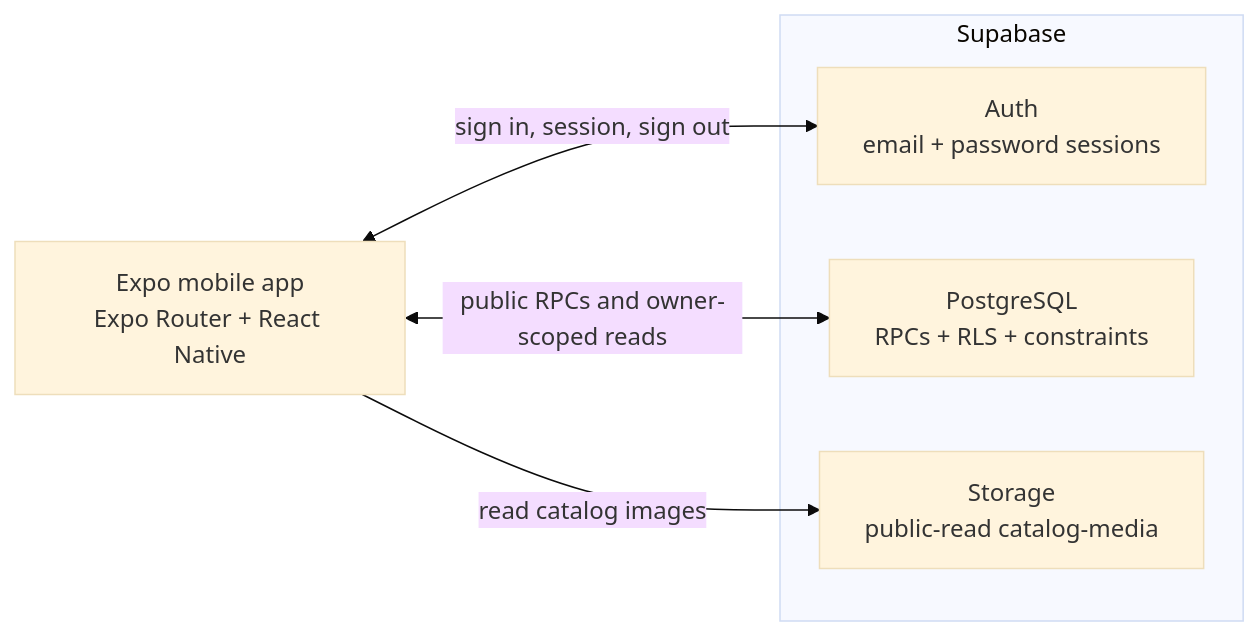
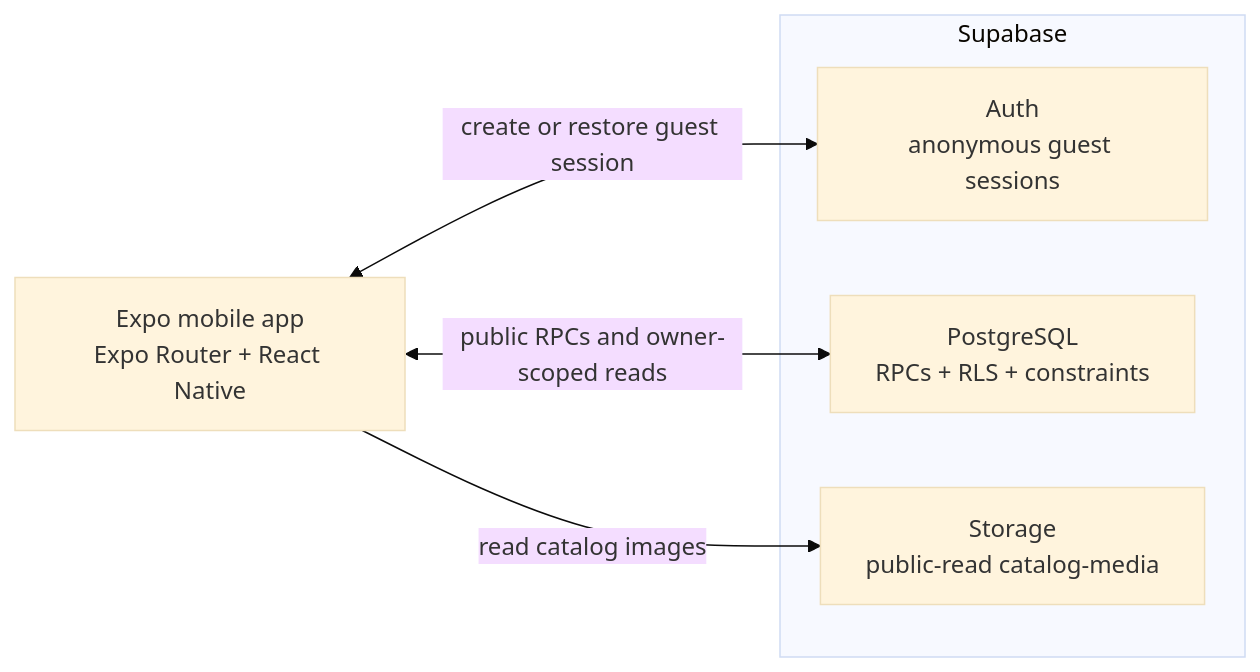
The diagram in docs/ARCHITECTURE.md (juanjosechiroque/directstay-mobile), drawn with Mermaid (base theme) before and after one commit. The commit also changed other lines of this file and 52 other files, not shown here.

Commit message:
feat: add anonymous guest identity

````diff
--- a/docs/ARCHITECTURE.md
+++ b/docs/ARCHITECTURE.md
@@ -3,13 +3,13 @@
 ```mermaid
 flowchart LR
     App["Expo mobile app<br/>Expo Router + React Native"]
     subgraph Supabase
-        Auth["Auth<br/>email + password sessions"]
+        Auth["Auth<br/>anonymous guest sessions"]
         DB["PostgreSQL<br/>RPCs + RLS + constraints"]
         Storage["Storage<br/>public-read catalog-media"]
     end
 
-    App <-->|sign in, session, sign out| Auth
+    App <-->|create or restore guest session| Auth
     App <-->|public RPCs and owner-scoped reads| DB
     App -->|read catalog images| Storage
 ```
````
